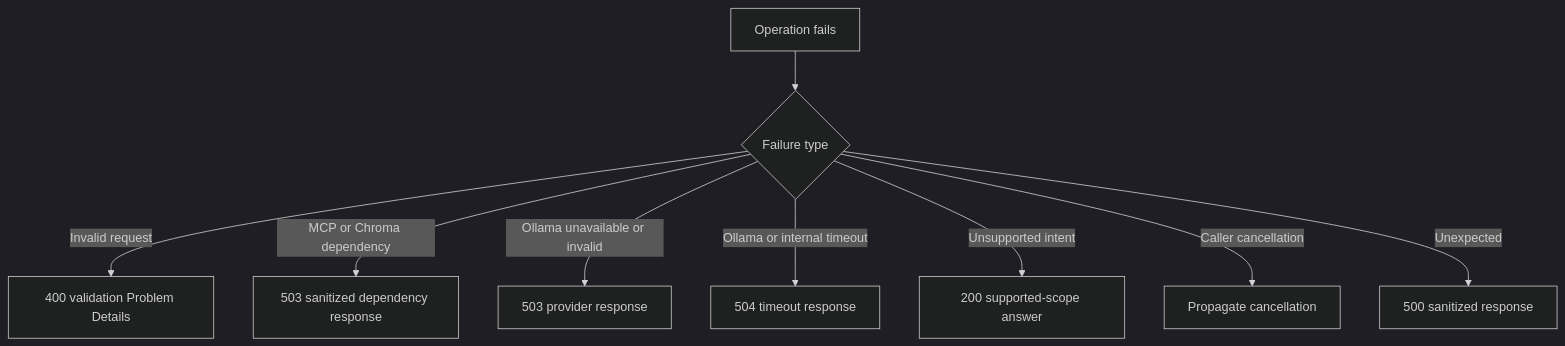
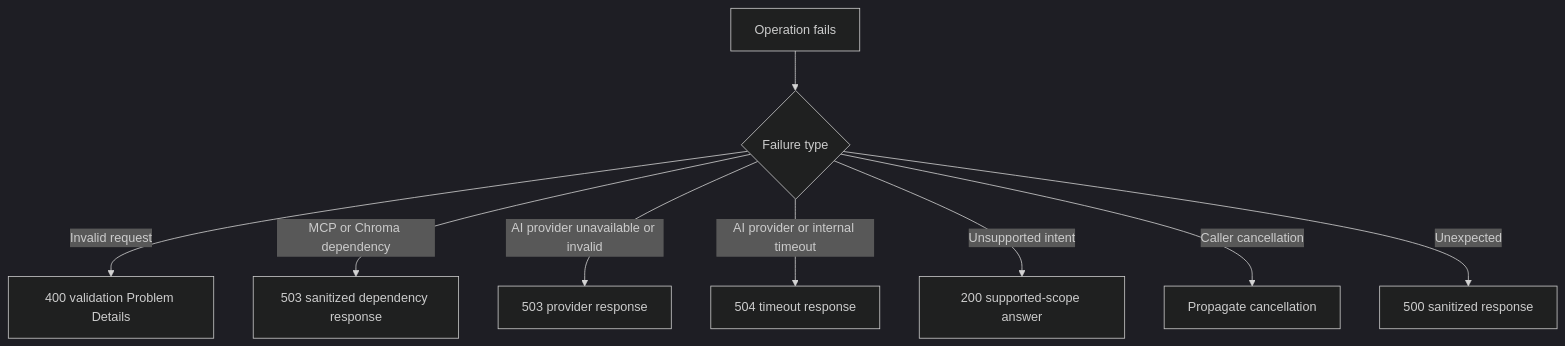
Diagram 11 of 12 in APPLICATION_ARCHITECTURE.md (prabodharandima/ai_agent_cfo), drawn with Mermaid (dark theme) before and after one commit. The commit also changed other lines of this file and 26 other files, not shown here.

````diff
--- a/APPLICATION_ARCHITECTURE.md
+++ b/APPLICATION_ARCHITECTURE.md
@@ -812,11 +813,11 @@
 ```mermaid
 flowchart TD
     Failure[Operation fails] --> Type{Failure type}
     Type -->|Invalid request| E400[400 validation Problem Details]
     Type -->|MCP or Chroma dependency| E503[503 sanitized dependency response]
-    Type -->|Ollama unavailable or invalid| O503[503 provider response]
-    Type -->|Ollama or internal timeout| E504[504 timeout response]
+    Type -->|AI provider unavailable or invalid| O503[503 provider response]
+    Type -->|AI provider or internal timeout| E504[504 timeout response]
     Type -->|Unsupported intent| OK[200 supported-scope answer]
     Type -->|Caller cancellation| Cancel[Propagate cancellation]
     Type -->|Unexpected| E500[500 sanitized response]
 ```
````
